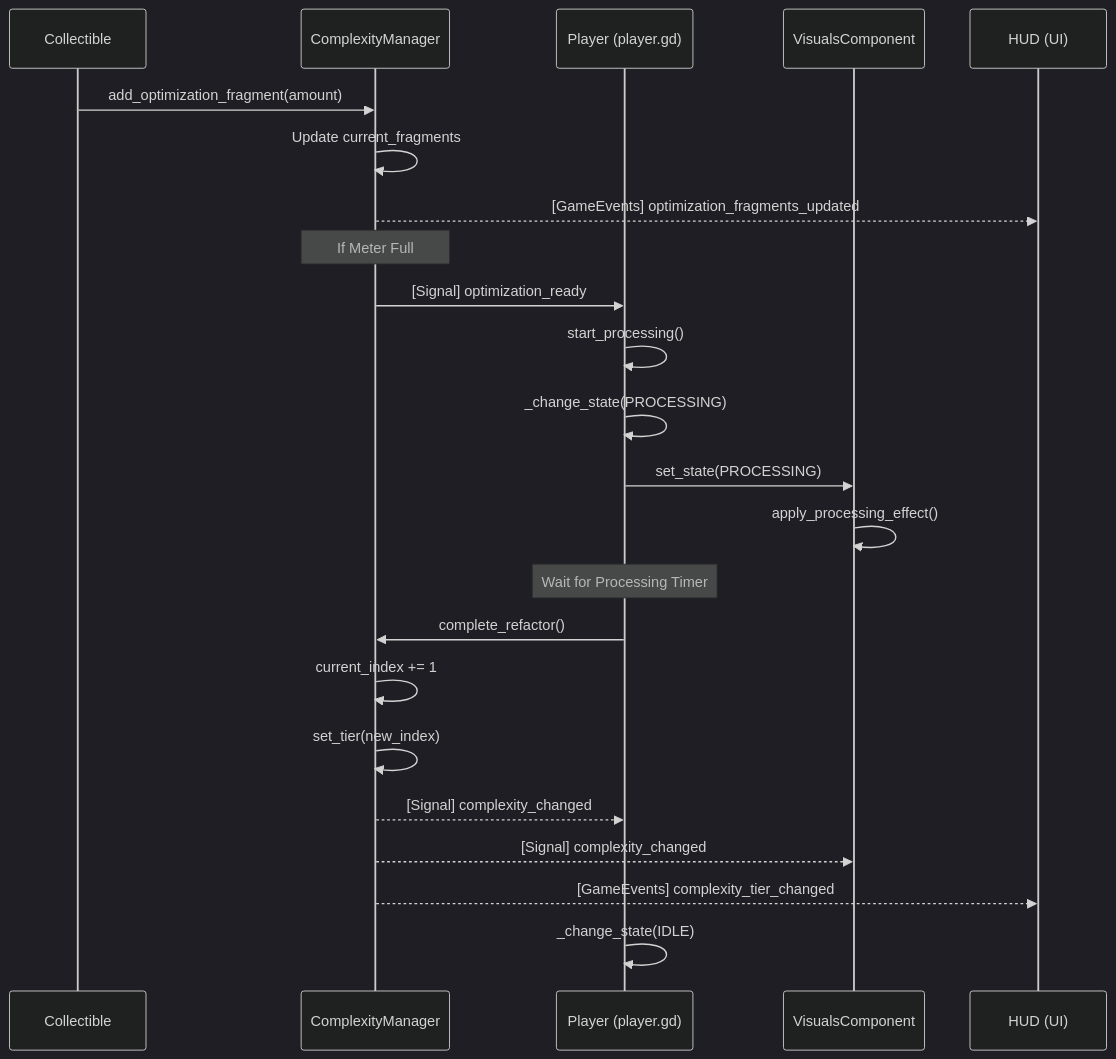
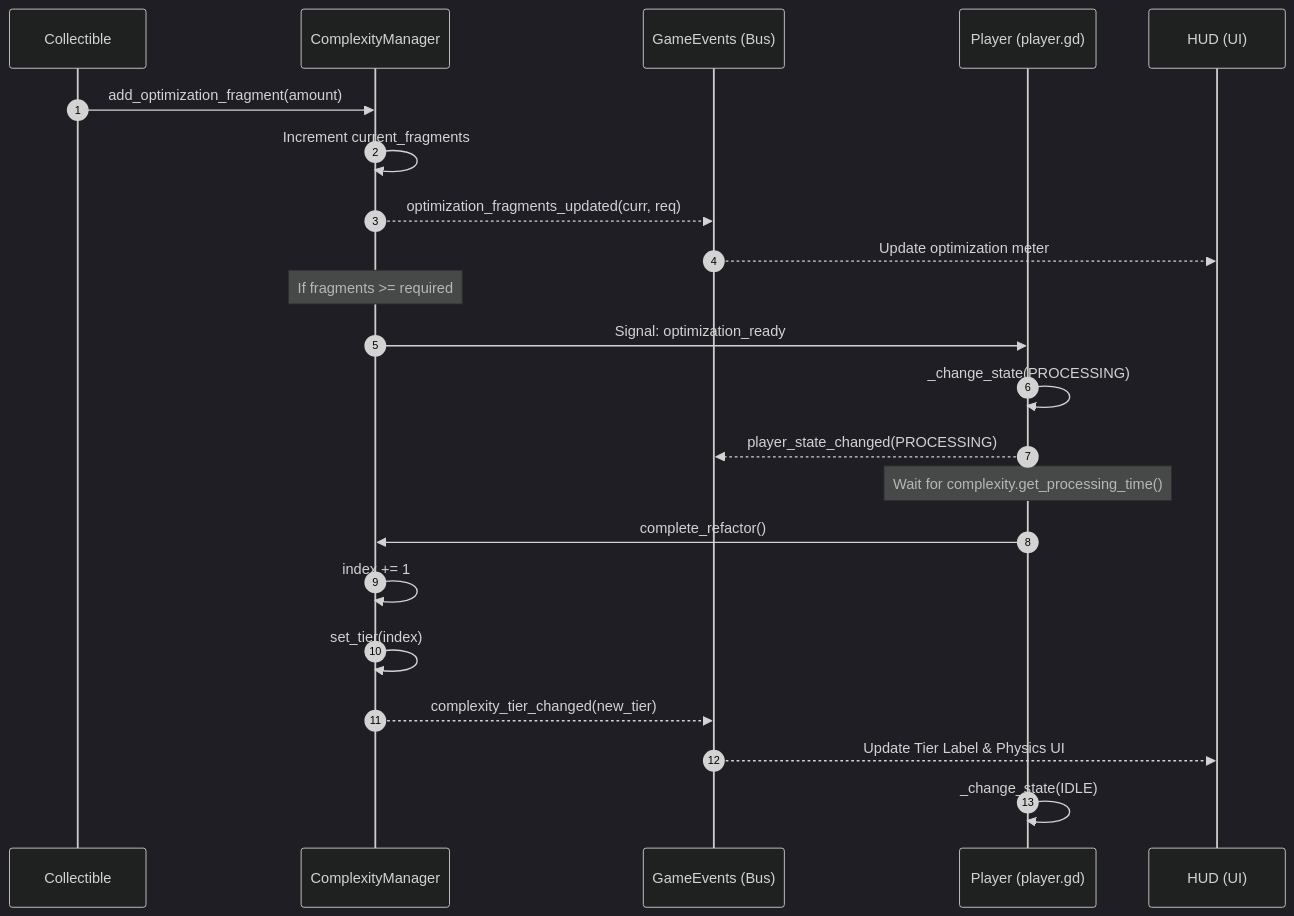
One commit to sizzlingsisig/big-o changed the second of 3 diagrams in docs/diagram.md. Above: the diagram before and after it, drawn with Mermaid (dark theme). The commit also changed other lines of this file and 1 other file, not shown here.

````diff
--- a/docs/diagram.md
+++ b/docs/diagram.md
@@ -67,31 +87,31 @@
 ```mermaid
 sequenceDiagram
+    autonumber
     participant C as Collectible
     participant CXM as ComplexityManager
+    participant GE as GameEvents (Bus)
     participant P as Player (player.gd)
-    participant VC as VisualsComponent
     participant HUD as HUD (UI)
 
     C->>CXM: add_optimization_fragment(amount)
-    CXM->>CXM: Update current_fragments
-    CXM-->>HUD: [GameEvents] optimization_fragments_updated
+    CXM->>CXM: Increment current_fragments
+    CXM-->>GE: optimization_fragments_updated(curr, req)
+    GE-->>HUD: Update optimization meter
     
-    Note over CXM: If Meter Full
+    Note over CXM: If fragments >= required
     
-    CXM->>P: [Signal] optimization_ready
-    P->>P: start_processing()
+    CXM->>P: Signal: optimization_ready
     P->>P: _change_state(PROCESSING)
-    P->>VC: set_state(PROCESSING)
-    VC->>VC: apply_processing_effect()
+    P-->>GE: player_state_changed(PROCESSING)
     
-    Note over P: Wait for Processing Timer
+    Note over P: Wait for complexity.get_processing_time()
     
     P->>CXM: complete_refactor()
-    CXM->>CXM: current_index += 1
-    CXM->>CXM: set_tier(new_index)
-    CXM-->>P: [Signal] complexity_changed
-    CXM-->>VC: [Signal] complexity_changed
-    CXM-->>HUD: [GameEvents] complexity_tier_changed
+    CXM->>CXM: index += 1
+    CXM->>CXM: set_tier(index)
+    
+    CXM-->>GE: complexity_tier_changed(new_tier)
+    GE-->>HUD: Update Tier Label & Physics UI
     
     P->>P: _change_state(IDLE)
 ```
````
